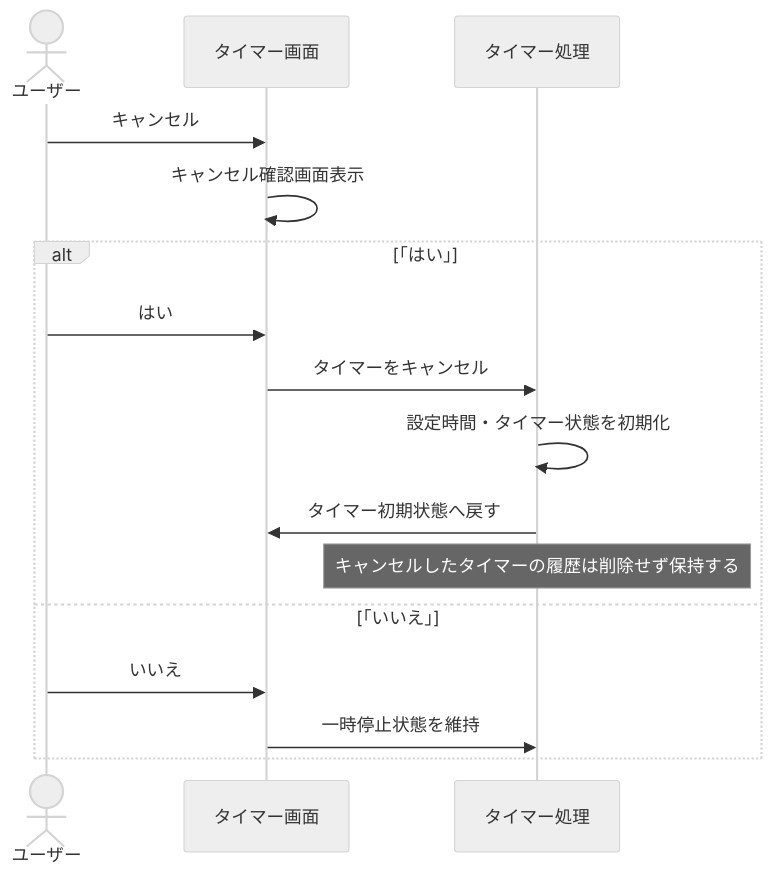
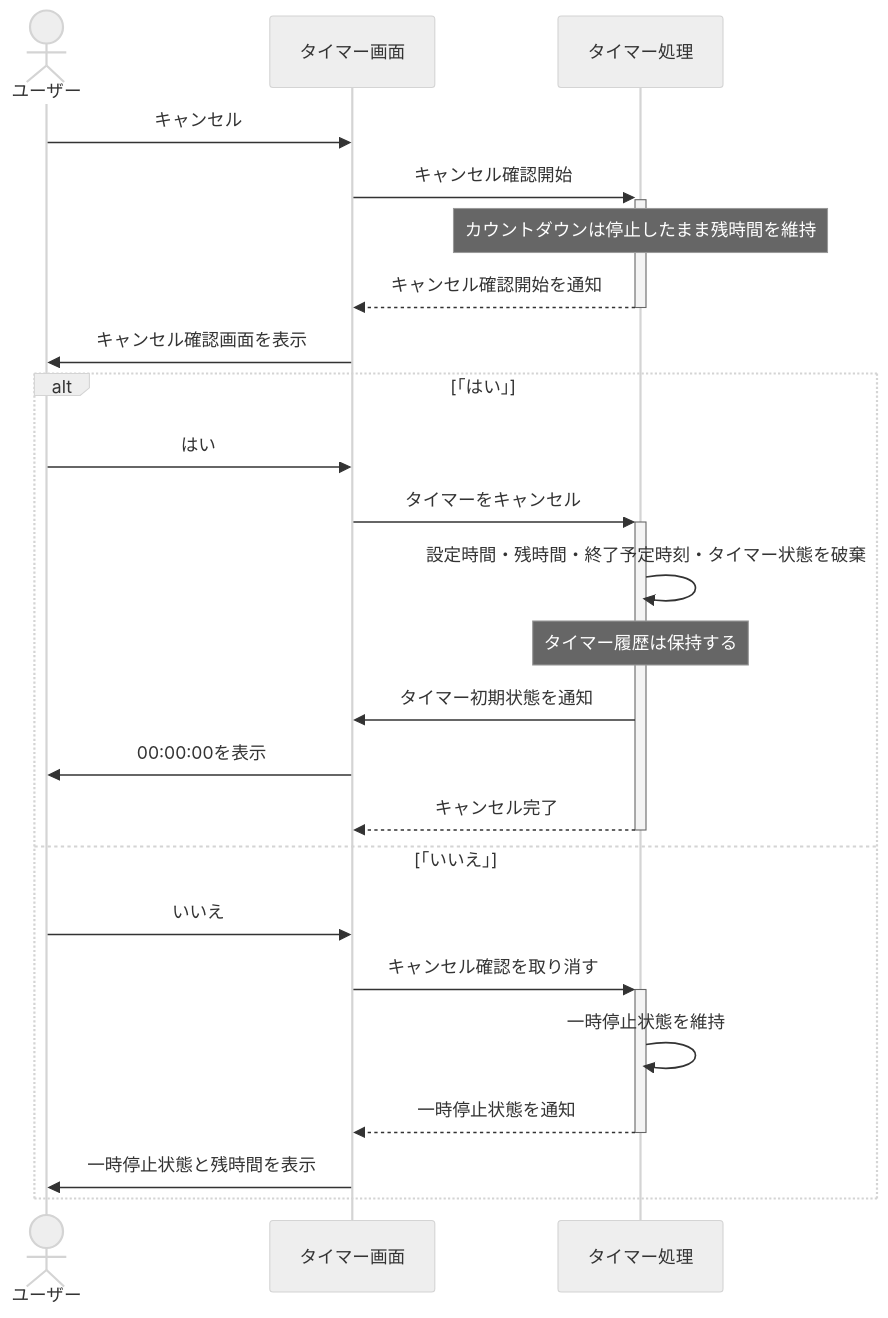
The fourth of 6 diagrams in document/設計/シーケンス図/タイマーシーケンス図.md (shun62201234-crypto/timerApplication), drawn with Mermaid (neutral theme) before and after one commit. The commit also changed other lines of this file and 1 other file, not shown here.

First line of the commit message:
タイマーシーケンス図の処理内容と表記を見直し

````diff
--- a/document/設計/シーケンス図/タイマーシーケンス図.md
+++ b/document/設計/シーケンス図/タイマーシーケンス図.md
@@ -97,20 +129,29 @@
 ```mermaid
 sequenceDiagram
     actor ユーザー
     participant UI as タイマー画面
     participant Timer as タイマー処理
 
     ユーザー->>UI: キャンセル
-    UI->>UI: キャンセル確認画面表示
+    UI->>+Timer: キャンセル確認開始
+    Note over Timer: カウントダウンは停止したまま残時間を維持
+    Timer-->>-UI: キャンセル確認開始を通知
+    UI->>ユーザー: キャンセル確認画面を表示
 
     alt 「はい」
         ユーザー->>UI: はい
-        UI->>Timer: タイマーをキャンセル
-        Timer->>Timer: 設定時間・タイマー状態を初期化
-        Timer->>UI: タイマー初期状態へ戻す
-        Note over Timer: キャンセルしたタイマーの履歴は削除せず保持する
+        UI->>+Timer: タイマーをキャンセル
+        Timer->>Timer: 設定時間・残時間・終了予定時刻・タイマー状態を破棄
+        Note over Timer: タイマー履歴は保持する
+        Timer->>UI: タイマー初期状態を通知
+        UI->>ユーザー: 00:00:00を表示
+        Timer-->>-UI: キャンセル完了
+
     else 「いいえ」
         ユーザー->>UI: いいえ
-        UI->>Timer: 一時停止状態を維持
+        UI->>+Timer: キャンセル確認を取り消す
+        Timer->>Timer: 一時停止状態を維持
+        Timer-->>-UI: 一時停止状態を通知
+        UI->>ユーザー: 一時停止状態と残時間を表示
     end
 ```
````
